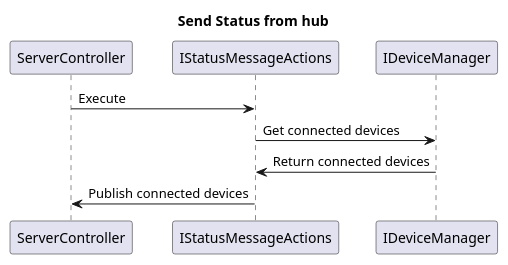
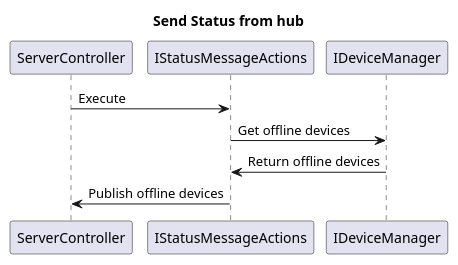
Before and after one commit to Casp7654/XPower: the diagram in docs/SSD diagrams/xPowerHubStatusAction.plantuml, drawn with PlantUML.

Commit message:
Fixdevices (#44)
* fixed main error

* Fixed offline

```diff
--- a/docs/SSD diagrams/xPowerHubStatusAction.plantuml
+++ b/docs/SSD diagrams/xPowerHubStatusAction.plantuml
@@ -1,9 +1,9 @@
 @startuml Hub status action SD diagrams
 title Send Status from hub
 
 ServerController -> IStatusMessageActions: Execute
-IStatusMessageActions -> IDeviceManager: Get connected devices
-IDeviceManager -> IStatusMessageActions: Return connected devices
-IStatusMessageActions -> ServerController: Publish connected devices
+IStatusMessageActions -> IDeviceManager: Get offline devices
+IDeviceManager -> IStatusMessageActions: Return offline devices
+IStatusMessageActions -> ServerController: Publish offline devices
 
 @enduml
```
